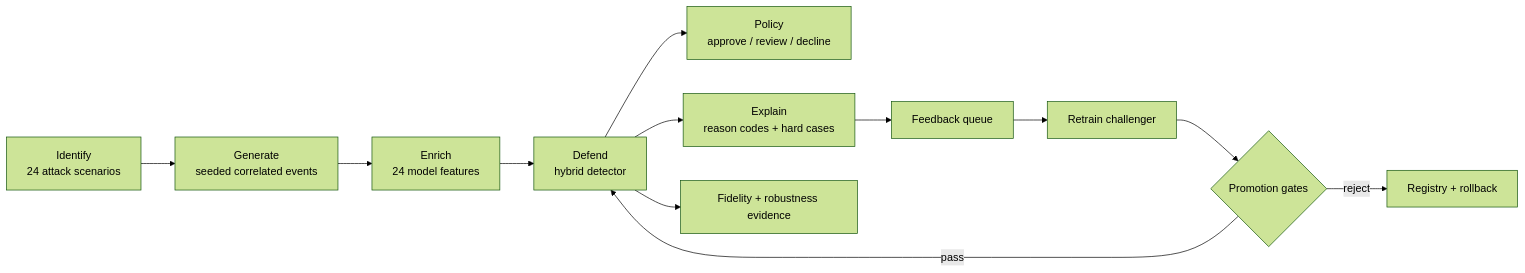
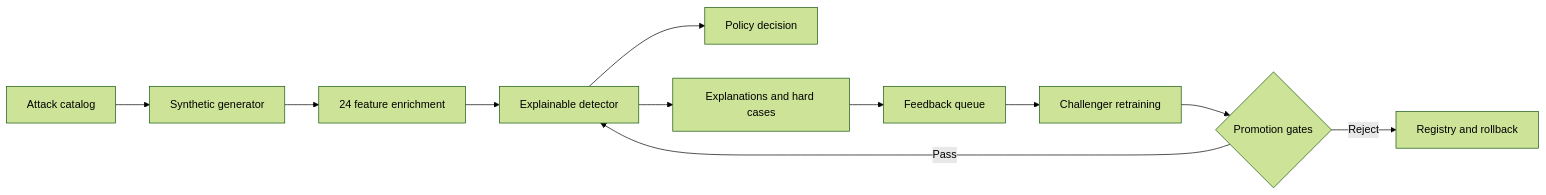
The diagram in README.md (agnishant14/MasterShield), drawn with Mermaid (forest theme) before and after one commit. The commit also changed other lines of this file and 8 other files, not shown here.

````diff
--- a/README.md
+++ b/README.md
@@ -19,14 +34,13 @@
 ```mermaid
 flowchart LR
-    A[Identify\n24 attack scenarios] --> B[Generate\nseeded correlated events]
-    B --> C[Enrich\n24 model features]
-    C --> D[Defend\nhybrid detector]
-    D --> E[Policy\napprove / review / decline]
-    D --> F[Explain\nreason codes + hard cases]
+    A[Attack catalog] --> B[Synthetic generator]
+    B --> C[24 feature enrichment]
+    C --> D[Explainable detector]
+    D --> E[Policy decision]
+    D --> F[Explanations and hard cases]
     F --> G[Feedback queue]
-    G --> H[Retrain challenger]
+    G --> H[Challenger retraining]
     H --> I{Promotion gates}
-    I -->|pass| D
-    I -->|reject| J[Registry + rollback]
-    D --> K[Fidelity + robustness evidence]
+    I -->|Pass| D
+    I -->|Reject| J[Registry and rollback]
 ```
````
